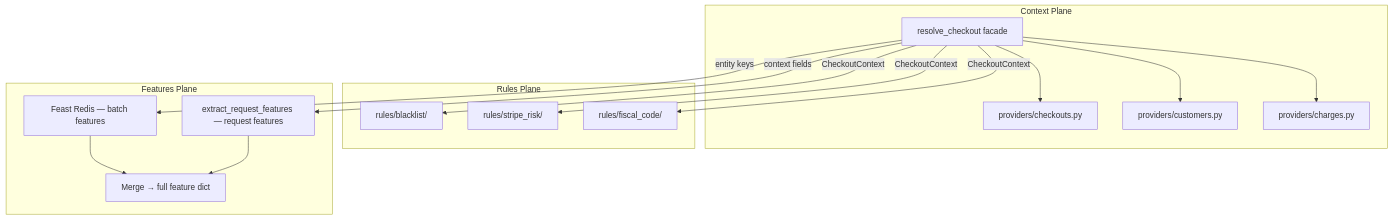
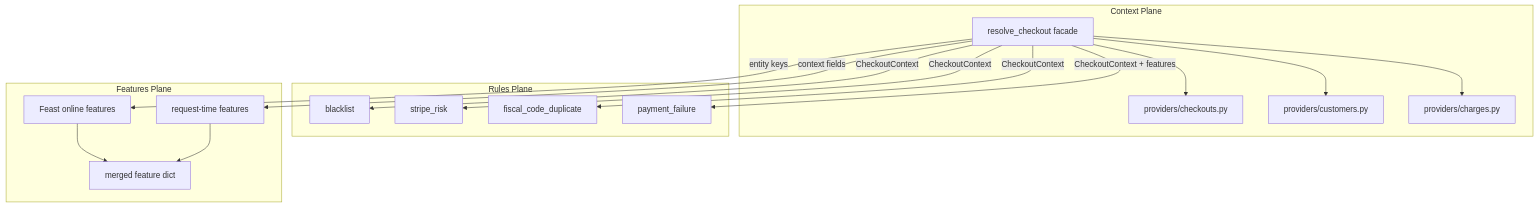
Before and after one commit to DataDavidProjects/Subbyx: the second of 2 diagrams in README.md, drawn with Mermaid. The commit also changed other lines of this file, not shown here.

````diff
--- a/README.md
+++ b/README.md
@@ -156,32 +152,34 @@
 ```mermaid
 graph TD
     subgraph Context Plane
         CP[resolve_checkout facade]
         P1[providers/checkouts.py]
         P2[providers/customers.py]
         P3[providers/charges.py]
         CP --> P1
         CP --> P2
         CP --> P3
     end
 
     subgraph Rules Plane
-        R1[rules/blacklist/]
-        R2[rules/stripe_risk/]
-        R3[rules/fiscal_code/]
+        R1[blacklist]
+        R2[stripe_risk]
+        R3[fiscal_code_duplicate]
+        R4[payment_failure]
     end
 
     subgraph Features Plane
-        F1[Feast Redis — batch features]
-        F2[extract_request_features — request features]
-        FM[Merge → full feature dict]
+        F1[Feast online features]
+        F2[request-time features]
+        FM[merged feature dict]
         F1 --> FM
         F2 --> FM
     end
 
     CP -->|CheckoutContext| R1
     CP -->|CheckoutContext| R2
     CP -->|CheckoutContext| R3
+    CP -->|CheckoutContext + features| R4
     CP -->|entity keys| F1
     CP -->|context fields| F2
 ```
````
